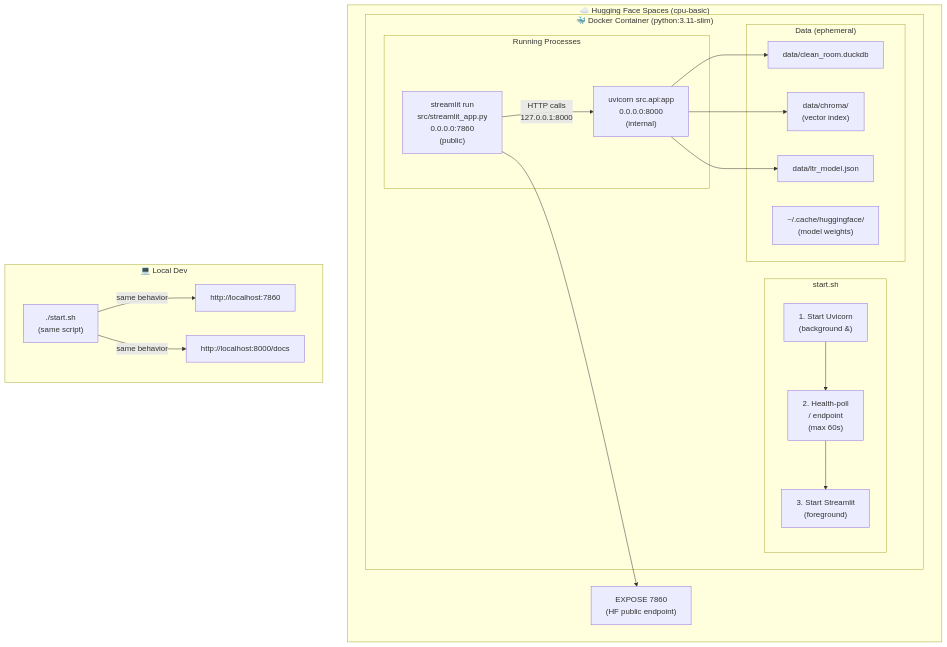
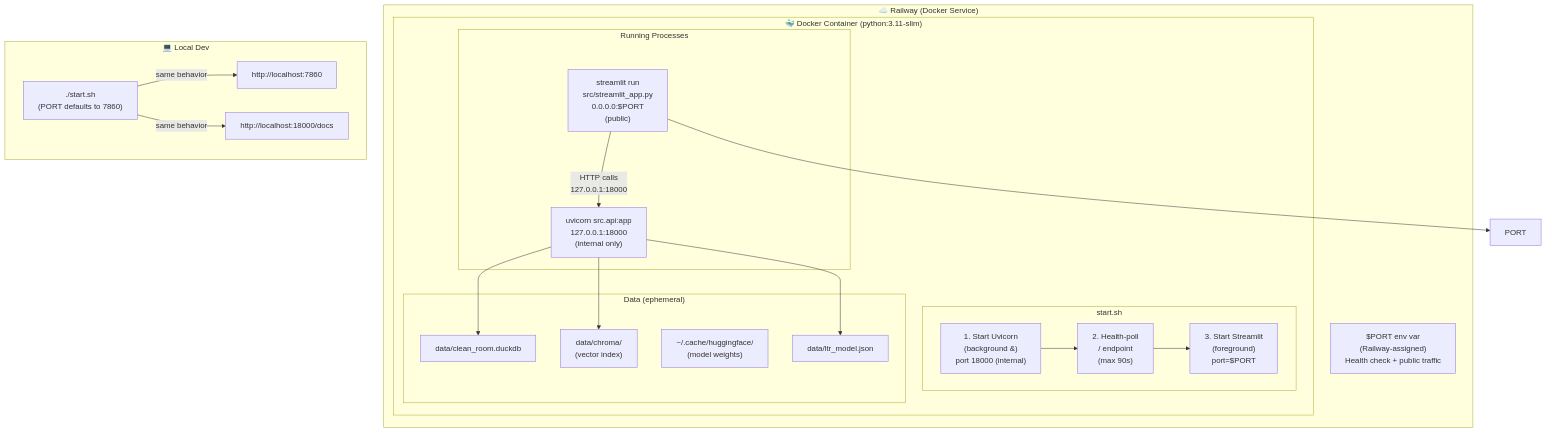
Before and after one commit to shubham0915/rmn-shyftlabs: the sixth of 6 diagrams in README.md, drawn with Mermaid. The commit also changed other lines of this file and 2 other files, not shown here.

Commit message:
docs: update deployment references from HuggingFace Spaces to Railway
- Remove HF Spaces YAML frontmatter from README
- Update Live Demo badge to Railway URL
- Update Diagram 6 (Deployment Architecture) to reflect Railway setup
  - Correct internal port to 18000, public port to $PORT env var
- Update Tech Stack table deployment row
- Update clone URL from HF Spaces to GitHub
- Update Dockerfile header comment
- Update start.sh header comment

````diff
--- a/README.md
+++ b/README.md
@@ -281,42 +273,42 @@
 ```mermaid
 flowchart TB
-    subgraph HF["☁️ Hugging Face Spaces (cpu-basic)"]
+    subgraph RAILWAY["☁️ Railway (Docker Service)"]
         subgraph DOCKER["🐳 Docker Container (python:3.11-slim)"]
             subgraph STARTUP["start.sh"]
-                S1["1. Start Uvicorn\n(background &)"]
-                S2["2. Health-poll\n/  endpoint\n(max 60s)"]
-                S3["3. Start Streamlit\n(foreground)"]
+                S1["1. Start Uvicorn\n(background &)\nport 18000 (internal)"]
+                S2["2. Health-poll\n/  endpoint\n(max 90s)"]
+                S3["3. Start Streamlit\n(foreground)\nport=$PORT"]
                 S1 --> S2 --> S3
             end
 
             subgraph PROCS["Running Processes"]
-                UVICORN["uvicorn src.api:app\n0.0.0.0:8000\n(internal)"]
-                STREAMLIT["streamlit run\nsrc/streamlit_app.py\n0.0.0.0:7860\n(public)"]
+                UVICORN["uvicorn src.api:app\n127.0.0.1:18000\n(internal only)"]
+                STREAMLIT["streamlit run\nsrc/streamlit_app.py\n0.0.0.0:$PORT\n(public)"]
             end
 
             subgraph VOLUMES["Data (ephemeral)"]
                 DUCKDB_F["data/clean_room.duckdb"]
                 CHROMA_F["data/chroma/\n(vector index)"]
                 MODEL_F["~/.cache/huggingface/\n(model weights)"]
                 XGB_F["data/ltr_model.json"]
             end
         end
 
-        PORT["EXPOSE 7860\n(HF public endpoint)"]
+        PORT_ENV["$PORT env var\n(Railway-assigned)\nHealth check + public traffic"]
     end
 
     subgraph LOCAL["💻 Local Dev"]
-        SH["./start.sh\n(same script)"]
+        SH["./start.sh\n(PORT defaults to 7860)"]
         LOCAL_UI["http://localhost:7860"]
-        LOCAL_API["http://localhost:8000/docs"]
+        LOCAL_API["http://localhost:18000/docs"]
     end
 
-    STREAMLIT -->|"HTTP calls\n127.0.0.1:8000"| UVICORN
+    STREAMLIT -->|"HTTP calls\n127.0.0.1:18000"| UVICORN
     UVICORN --> DUCKDB_F
     UVICORN --> CHROMA_F
     UVICORN --> XGB_F
     STREAMLIT --> PORT
 
     SH -->|"same behavior"| LOCAL_UI
     SH -->|"same behavior"| LOCAL_API
 ```
````
